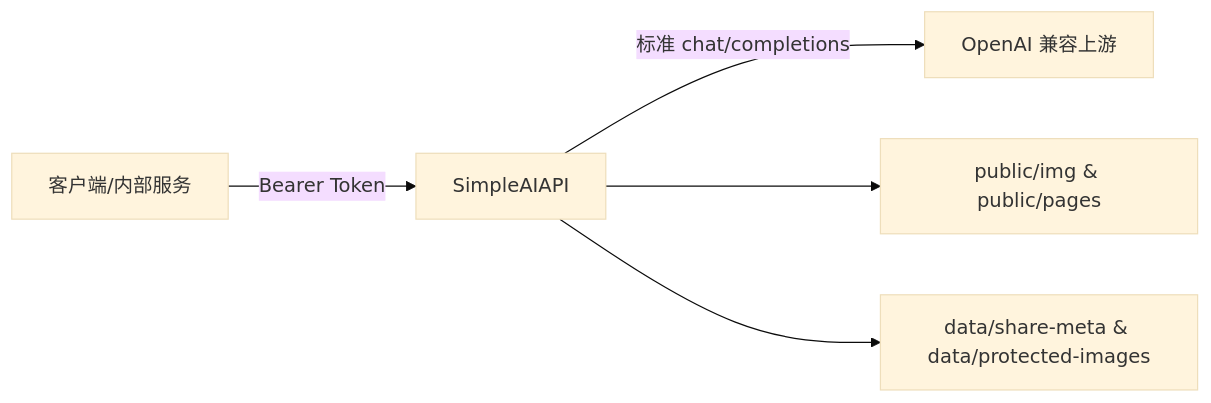
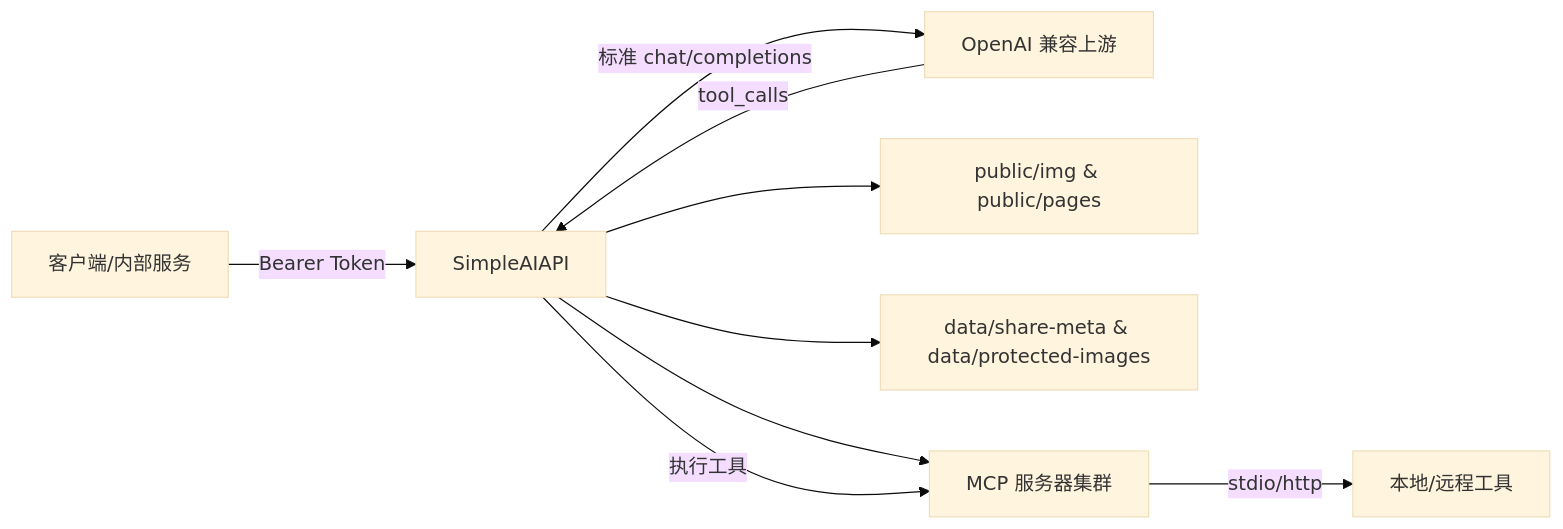
The diagram in README.md (Lynricsy/SimpleAIAPI), drawn with Mermaid (base theme) before and after one commit. The commit also changed other lines of this file and 16 other files, not shown here.

````diff
--- a/README.md
+++ b/README.md
@@ -34,7 +36,11 @@
 ```mermaid
 flowchart LR
   Client[客户端/内部服务] -->|Bearer Token| Gateway[SimpleAIAPI]
   Gateway -->|标准 chat/completions| Upstream[OpenAI 兼容上游]
   Gateway --> Static["public/img & public/pages"]
   Gateway --> Data["data/share-meta & data/protected-images"]
+  Gateway --> MCP[MCP 服务器集群]
+  MCP -->|stdio/http| Tools[本地/远程工具]
+  Upstream -->|tool_calls| Gateway
+  Gateway -->|执行工具| MCP
 ```
````
